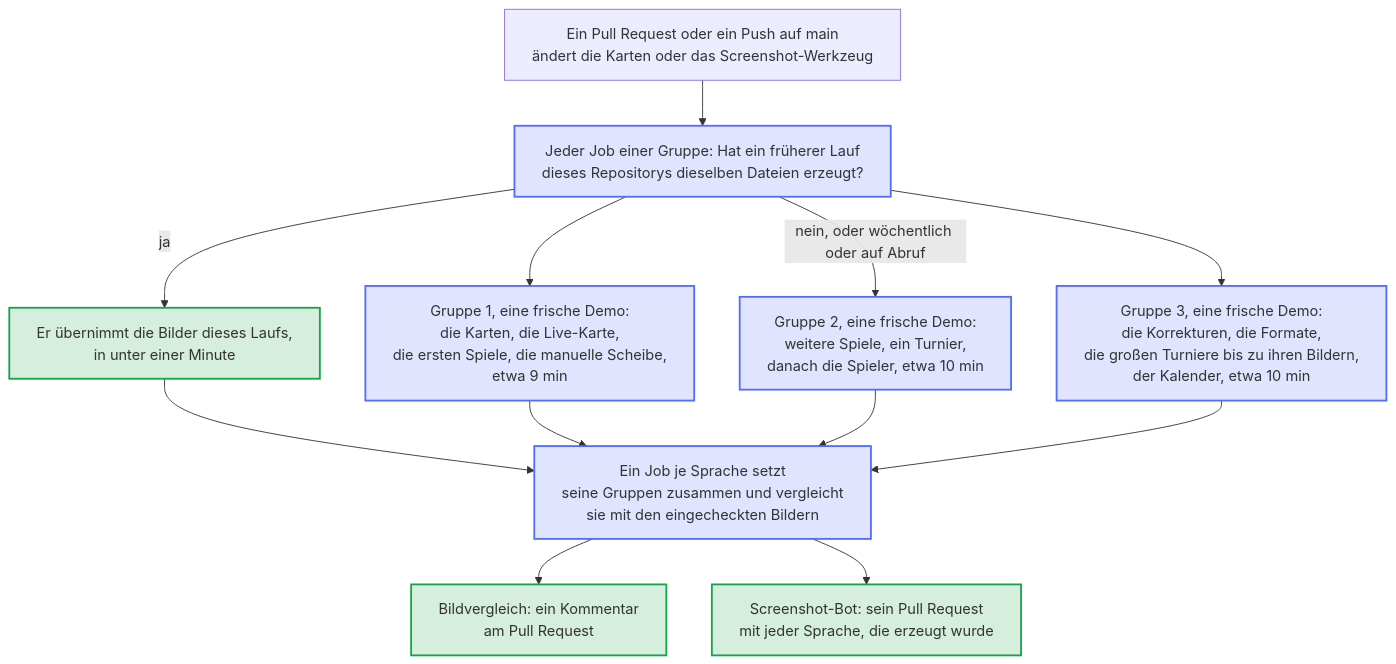
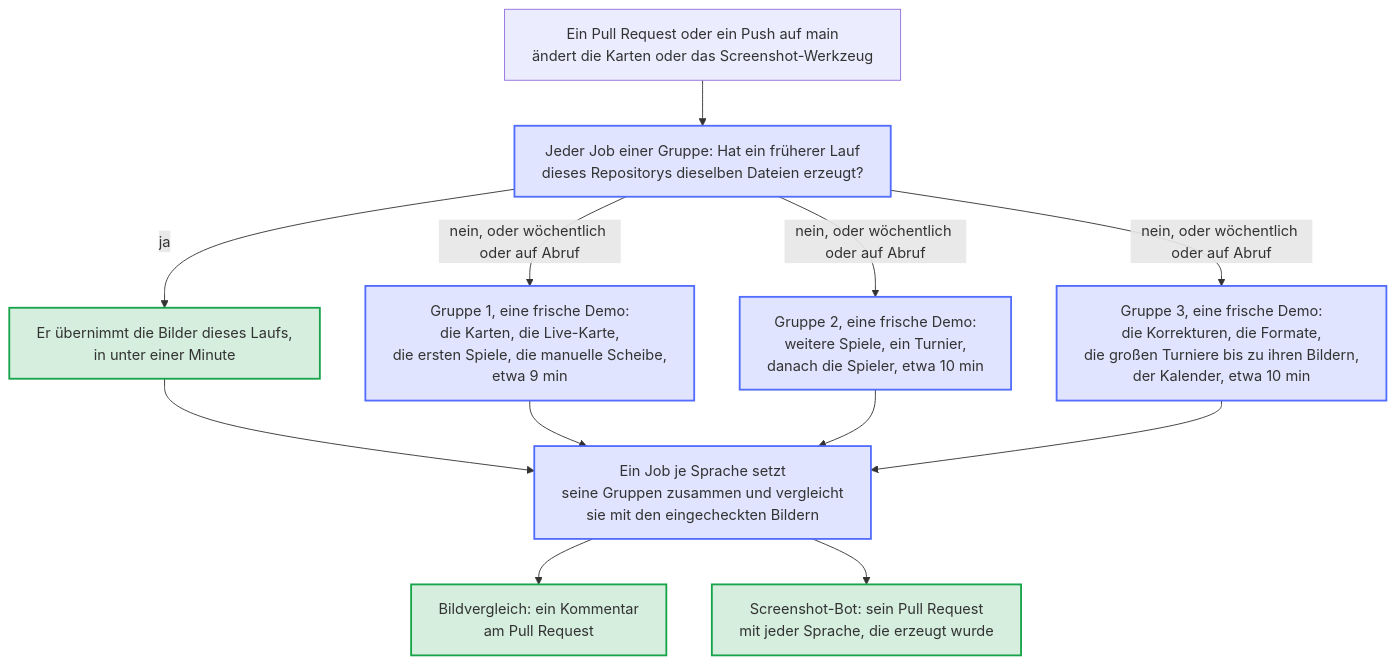
One commit to Dennis-Otto/homedarts-for-autodarts changed the diagram in docs/diagrams/screenshot-groups.de.mmd. Above: the diagram before and after it, drawn with Mermaid. The commit also changed 7 other files, not shown here.

```diff
--- a/docs/diagrams/screenshot-groups.de.mmd
+++ b/docs/diagrams/screenshot-groups.de.mmd
@@ -1,26 +1,24 @@
 ---
 config:
   flowchart:
     wrappingWidth: 400
 ---
 flowchart TB
   accTitle: Wie Bildvergleich und Screenshot-Bot die Bilder in Gruppen erzeugen
   accDescr: Jede Sprache wird in drei Gruppen gleichzeitig erzeugt, jede Gruppe auf einem eigenen Runner. Zuerst sucht jeder Job einer Gruppe einen früheren Lauf des Bildvergleichs oder des Screenshot-Bots auf einem Branch dieses Repositorys, der dieselben Dateien erzeugt hat; dessen Bilder übernimmt er in unter einer Minute. Sonst erzeugt er sie aus einer frischen Demo. Die Karten, die ersten Spiele und die Dartscheibe ohne Autodarts bilden Gruppe 1, weitere Spiele mit den Spielern Gruppe 2, die Korrekturen eines Darts, die Formate, die großen Turniere und der Kalender Gruppe 3. Danach setzt ein Job je Sprache die Bilder seiner drei Gruppen zusammen und vergleicht sie mit den eingecheckten Bildern. Der Bildvergleich schreibt den Vergleich in einen Kommentar am Pull Request; der Screenshot-Bot aktualisiert seinen Pull Request mit jeder Sprache, die erzeugt wurde.
 
   START["Ein Pull Request oder ein Push auf main<br/>ändert die Karten oder das Screenshot-Werkzeug"] --> KEY
   KEY["Jeder Job einer Gruppe: Hat ein früherer Lauf<br/>dieses Repositorys dieselben Dateien erzeugt?"]
   KEY -->|"ja"| TAKE["Er übernimmt die Bilder dieses Laufs,<br/>in unter einer Minute"]
-  KEY --> G1
-  KEY -->|"nein, oder wöchentlich oder auf Abruf"| G2
-  KEY --> G3
+  KEY -->|"nein, oder wöchentlich oder auf Abruf"| G1 & G2 & G3
   G1["Gruppe 1, eine frische Demo:<br/>die Karten, die Live-Karte,<br/>die ersten Spiele, die manuelle Scheibe,<br/>etwa 9 min"]
   G2["Gruppe 2, eine frische Demo:<br/>weitere Spiele, ein Turnier,<br/>danach die Spieler, etwa 10 min"]
   G3["Gruppe 3, eine frische Demo:<br/>die Korrekturen, die Formate,<br/>die großen Turniere bis zu ihren Bildern,<br/>der Kalender, etwa 10 min"]
   TAKE & G1 & G2 & G3 --> COLLECT["Ein Job je Sprache setzt<br/>seine Gruppen zusammen und vergleicht<br/>sie mit den eingecheckten Bildern"]
   COLLECT --> COMMENT["Bildvergleich: ein Kommentar<br/>am Pull Request"]
   COLLECT --> BOT["Screenshot-Bot: sein Pull Request<br/>mit jeder Sprache, die erzeugt wurde"]
 
   classDef bot fill:#526cfe2e,stroke:#526cfe,stroke-width:2px
   classDef done fill:#16a34a2e,stroke:#16a34a,stroke-width:2px
   class KEY,G1,G2,G3,COLLECT bot
   class TAKE,COMMENT,BOT done
```
